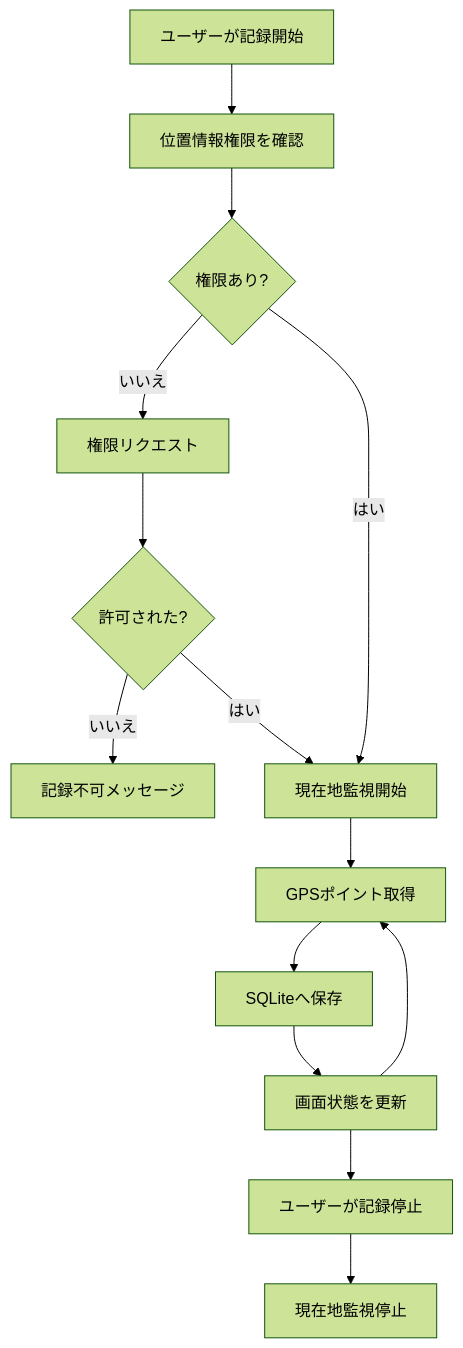
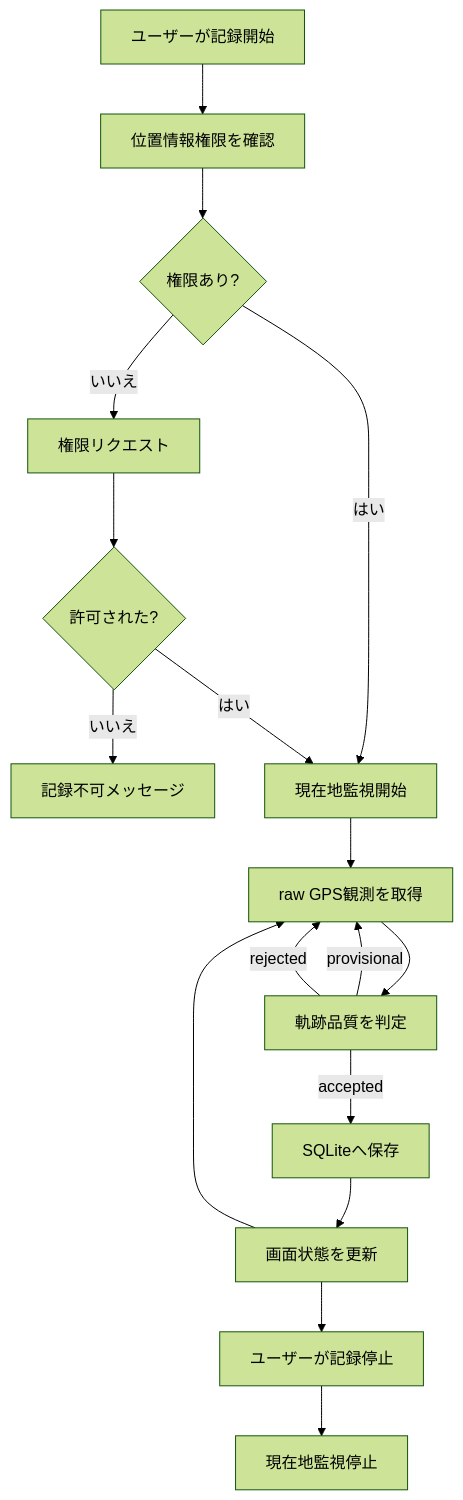
One commit to kazuki19992/strollia changed the first of 2 diagrams in docs/architecture.md. Above: the diagram before and after it, drawn with Mermaid (forest theme). The commit also changed 2 other files, not shown here.

Commit message:
docs(gps): 軌跡品質判定仕様を更新

````diff
--- a/docs/architecture.md
+++ b/docs/architecture.md
@@ -92,16 +92,19 @@
 ```mermaid
 flowchart TD
   A[ユーザーが記録開始] --> B[位置情報権限を確認]
   B --> C{権限あり?}
   C -->|いいえ| D[権限リクエスト]
   D --> E{許可された?}
   E -->|いいえ| F[記録不可メッセージ]
   C -->|はい| G[現在地監視開始]
   E -->|はい| G
-  G --> H[GPSポイント取得]
-  H --> I[SQLiteへ保存]
-  I --> J[画面状態を更新]
-  J --> H
-  J --> K[ユーザーが記録停止]
-  K --> L[現在地監視停止]
+  G --> H[raw GPS観測を取得]
+  H --> I[軌跡品質を判定]
+  I -->|accepted| J[SQLiteへ保存]
+  I -->|provisional| H
+  I -->|rejected| H
+  J --> K[画面状態を更新]
+  K --> H
+  K --> L[ユーザーが記録停止]
+  L --> M[現在地監視停止]
 ```
````
